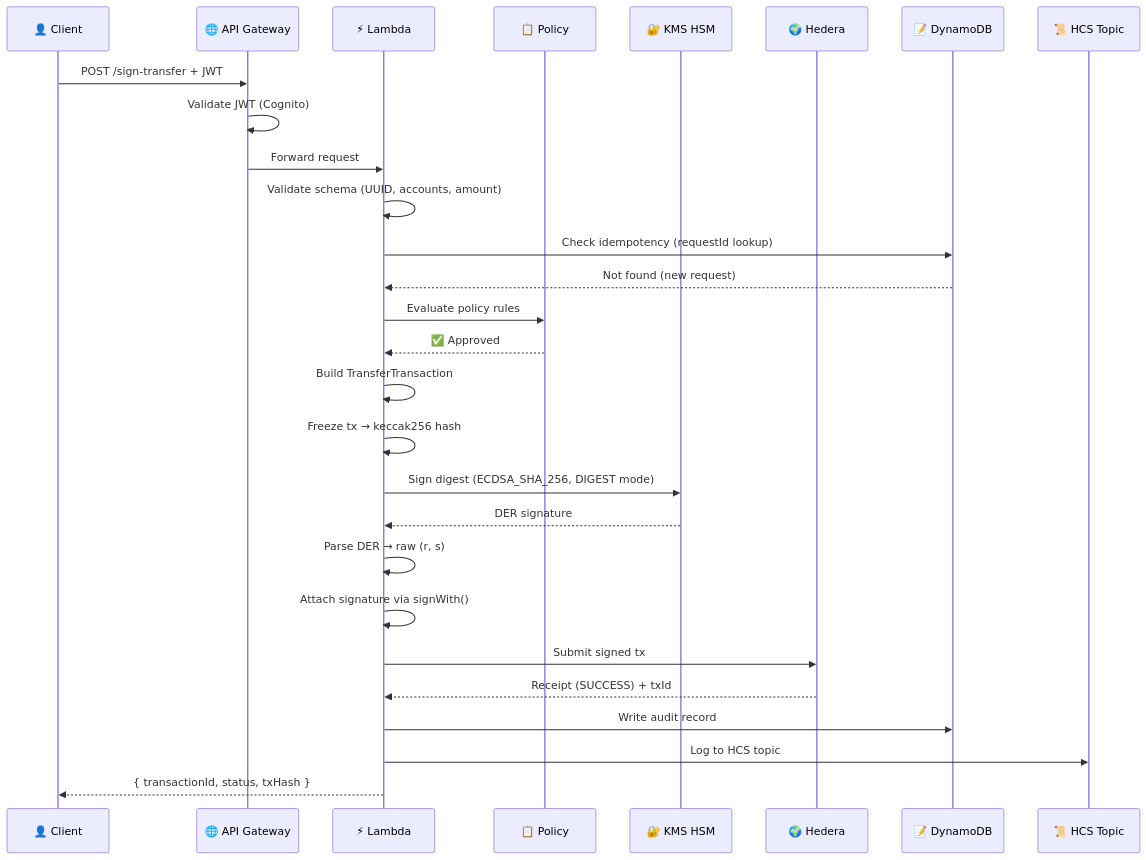
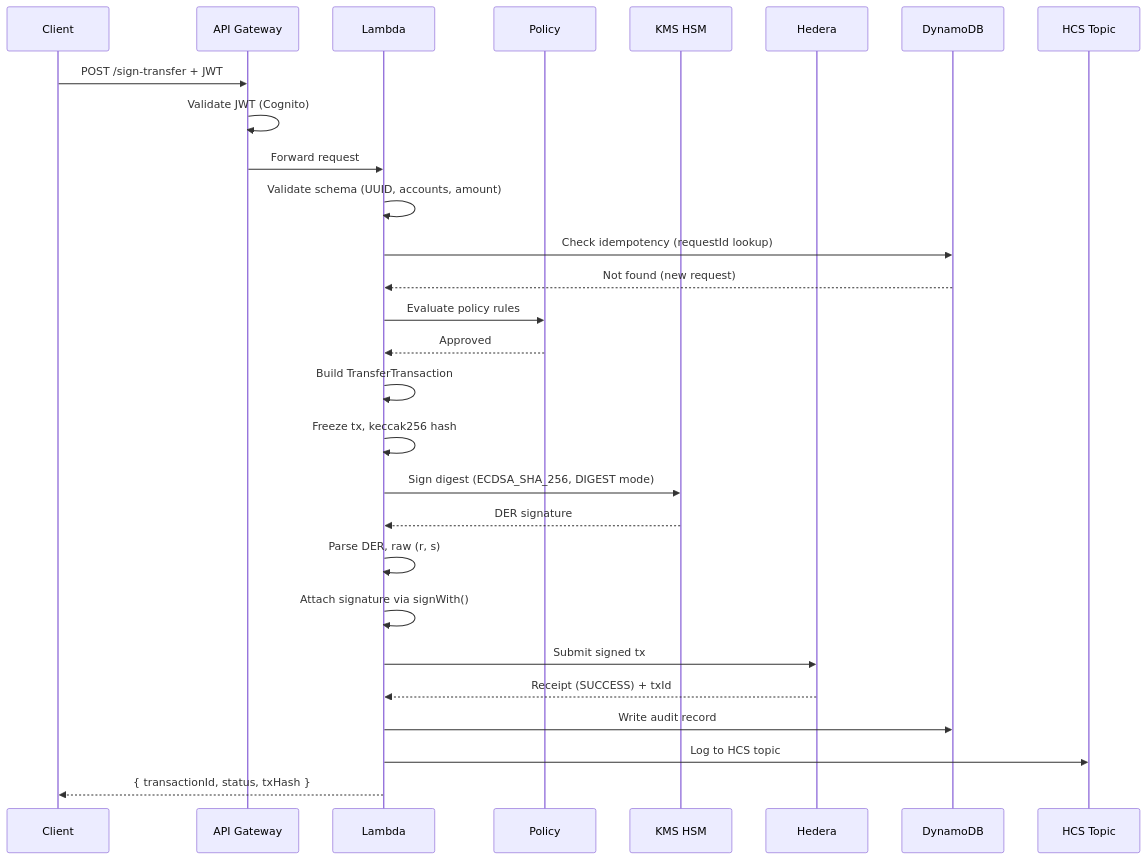
The third of 13 diagrams in README.md (umarhashmi2002/hedera-kms-signer), drawn with Mermaid before and after one commit. The commit also changed other lines of this file and 3 other files, not shown here.

````diff
--- a/README.md
+++ b/README.md
@@ -89,31 +89,31 @@
 ```mermaid
 sequenceDiagram
-    participant C as 👤 Client
-    participant AG as 🌐 API Gateway
-    participant L as ⚡ Lambda
-    participant P as 📋 Policy
-    participant K as 🔐 KMS HSM
-    participant H as 🌍 Hedera
-    participant A as 📝 DynamoDB
-    participant HCS as 📜 HCS Topic
+    participant C as Client
+    participant AG as API Gateway
+    participant L as Lambda
+    participant P as Policy
+    participant K as KMS HSM
+    participant H as Hedera
+    participant A as DynamoDB
+    participant HCS as HCS Topic
 
     C->>AG: POST /sign-transfer + JWT
     AG->>AG: Validate JWT (Cognito)
     AG->>L: Forward request
     L->>L: Validate schema (UUID, accounts, amount)
     L->>A: Check idempotency (requestId lookup)
     A-->>L: Not found (new request)
     L->>P: Evaluate policy rules
-    P-->>L: ✅ Approved
+    P-->>L: Approved
     L->>L: Build TransferTransaction
-    L->>L: Freeze tx → keccak256 hash
+    L->>L: Freeze tx, keccak256 hash
     L->>K: Sign digest (ECDSA_SHA_256, DIGEST mode)
     K-->>L: DER signature
-    L->>L: Parse DER → raw (r, s)
+    L->>L: Parse DER, raw (r, s)
     L->>L: Attach signature via signWith()
     L->>H: Submit signed tx
     H-->>L: Receipt (SUCCESS) + txId
     L->>A: Write audit record
     L->>HCS: Log to HCS topic
     L-->>C: { transactionId, status, txHash }
 ```
````
